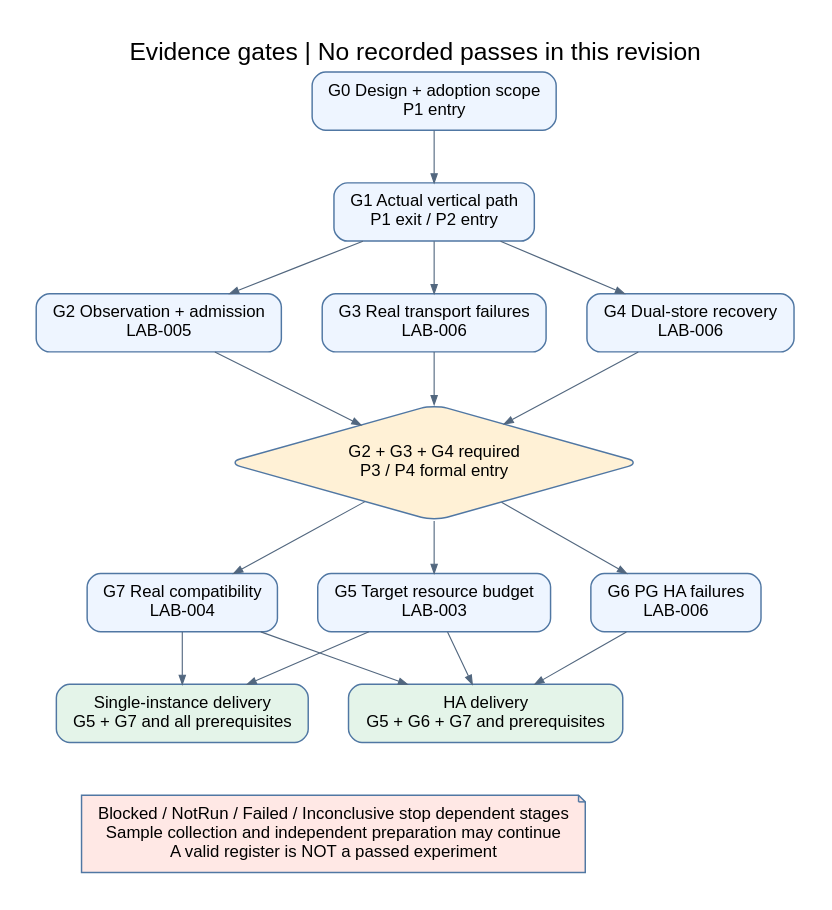
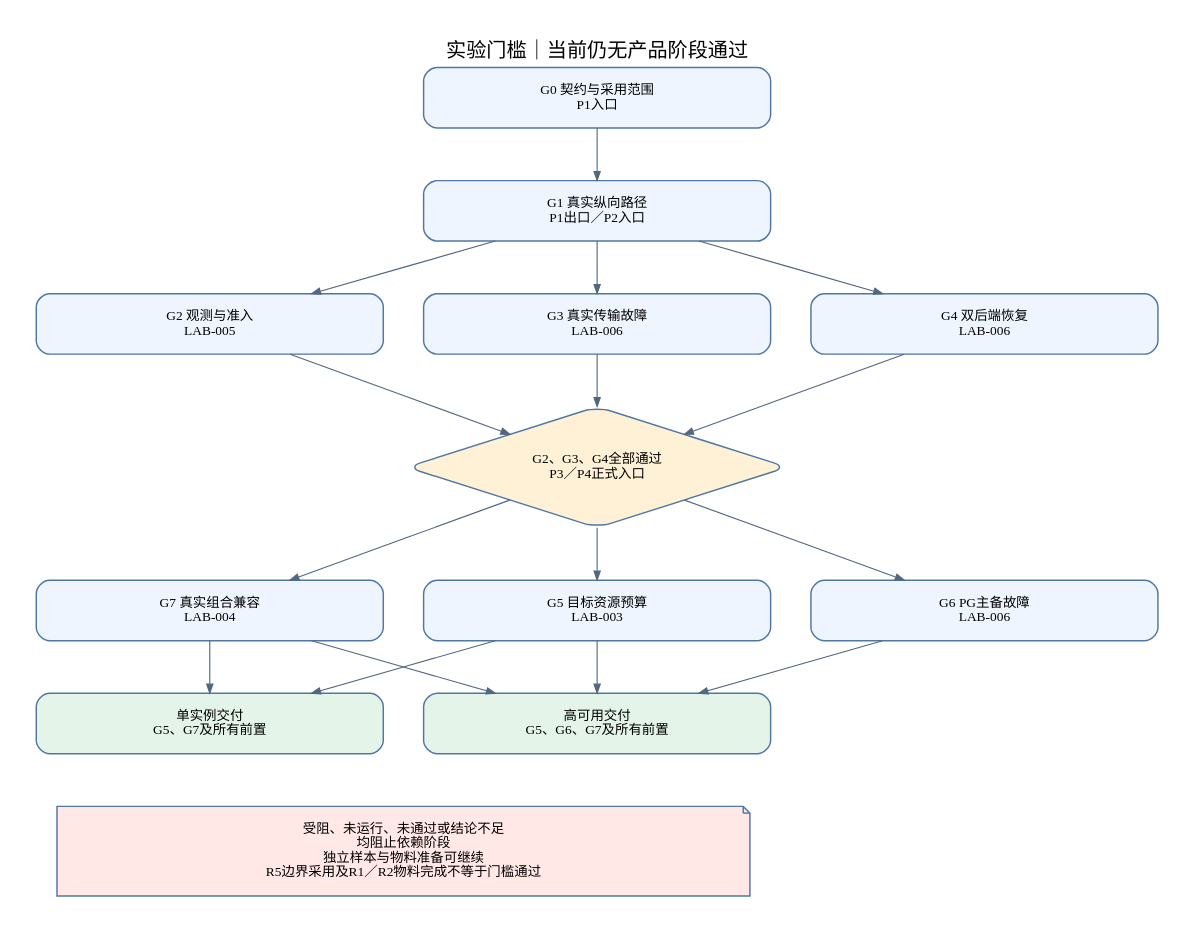
One commit to wyw-ai/loom-oi changed the diagram in docs/architecture/diagrams/v0.7/06-delivery-dependencies.dot. Above: the diagram before and after it, drawn with Graphviz. The commit also changed 76 other files, not shown here.

```diff
--- a/docs/architecture/diagrams/v0.7/06-delivery-dependencies.dot
+++ b/docs/architecture/diagrams/v0.7/06-delivery-dependencies.dot
@@ -1,23 +1,23 @@
 digraph G {
-graph [bgcolor="white",pad="0.35",nodesep="0.5",ranksep="0.65",fontname="Arial",fontsize=22,labelloc="t",splines=polyline];
-node [shape=box,style="rounded,filled",fillcolor="#eef5ff",color="#5077a3",fontname="Arial",fontsize=15,margin="0.2,0.12",penwidth=1.3];
-edge [color="#52677f",fontname="Arial",fontsize=11,arrowsize=0.8];
-rankdir=TB;label="Evidence gates | No recorded passes in this revision";
- g0[label="G0 Design + adoption scope\nP1 entry"];
- g1[label="G1 Actual vertical path\nP1 exit / P2 entry"];
- g2[label="G2 Observation + admission\nLAB-005"];
- g3[label="G3 Real transport failures\nLAB-006"];
- g4[label="G4 Dual-store recovery\nLAB-006"];
- gate[label="G2 + G3 + G4 required\nP3 / P4 formal entry",shape=diamond,fillcolor="#fff1d6"];
- g5[label="G5 Target resource budget\nLAB-003"];
- g6[label="G6 PG HA failures\nLAB-006"];
- g7[label="G7 Real compatibility\nLAB-004"];
- single[label="Single-instance delivery\nG5 + G7 and all prerequisites",fillcolor="#e4f4e9"];
- ha[label="HA delivery\nG5 + G6 + G7 and prerequisites",fillcolor="#e4f4e9"];
+graph [bgcolor="white",pad="0.35",nodesep="0.5",ranksep="0.65",fontname="Noto Sans SC",fontsize=18,labelloc="t",splines=polyline];
+node [shape=box,style="rounded,filled",fillcolor="#eef5ff",color="#5077a3",fontname="Noto Sans SC",fontsize=12,width=4.3,margin="0.35,0.2",penwidth=1.3];
+edge [color="#52677f",fontname="Noto Sans SC",fontsize=10,arrowsize=0.8];
+rankdir=TB;label="实验门槛｜当前仍无产品阶段通过";
+ g0[label="G0 契约与采用范围\nP1入口"];
+ g1[label="G1 真实纵向路径\nP1出口／P2入口"];
+ g2[label="G2 观测与准入\nLAB-005"];
+ g3[label="G3 真实传输故障\nLAB-006"];
+ g4[label="G4 双后端恢复\nLAB-006"];
+ gate[label="G2、G3、G4全部通过\nP3／P4正式入口",shape=diamond,fillcolor="#fff1d6"];
+ g5[label="G5 目标资源预算\nLAB-003"];
+ g6[label="G6 PG主备故障\nLAB-006"];
+ g7[label="G7 真实组合兼容\nLAB-004"];
+ single[label="单实例交付\nG5、G7及所有前置",fillcolor="#e4f4e9"];
+ ha[label="高可用交付\nG5、G6、G7及所有前置",fillcolor="#e4f4e9"];
  g0->g1;g1->g2;g1->g3;g1->g4;{rank=same;g2;g3;g4;}
  g2->gate;g3->gate;g4->gate;gate->g5;gate->g6;gate->g7;{rank=same;g5;g6;g7;}
  g5->single;g7->single;g5->ha;g6->ha;g7->ha;
- note[label="Blocked / NotRun / Failed / Inconclusive stop dependent stages\nSample collection and independent preparation may continue\nA valid register is NOT a passed experiment",shape=note,fillcolor="#ffe8e5"];
+ note[label="受阻、未运行、未通过或结论不足\n均阻止依赖阶段\n独立样本与物料准备可继续\nR5边界采用及R1／R2物料完成不等于门槛通过",width=8.6,shape=note,fillcolor="#ffe8e5"];
  single->note[style=invis];ha->note[style=invis];
 
 }
```
